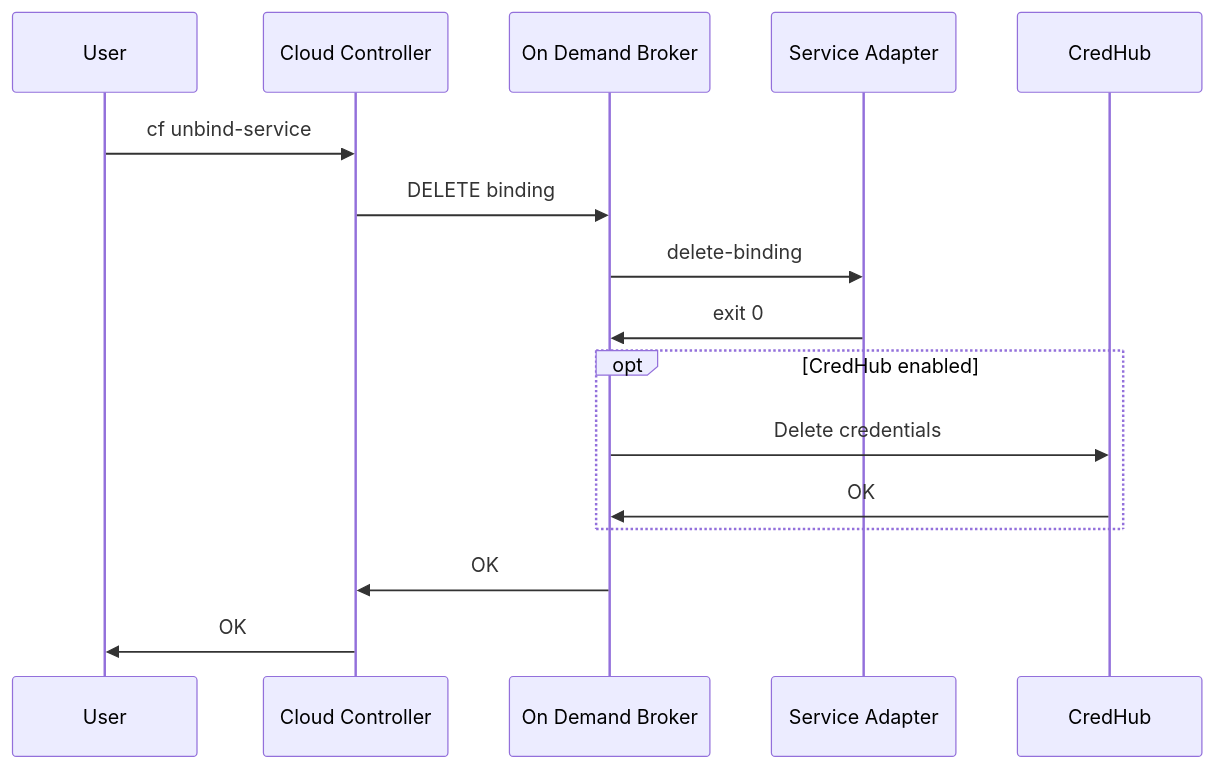
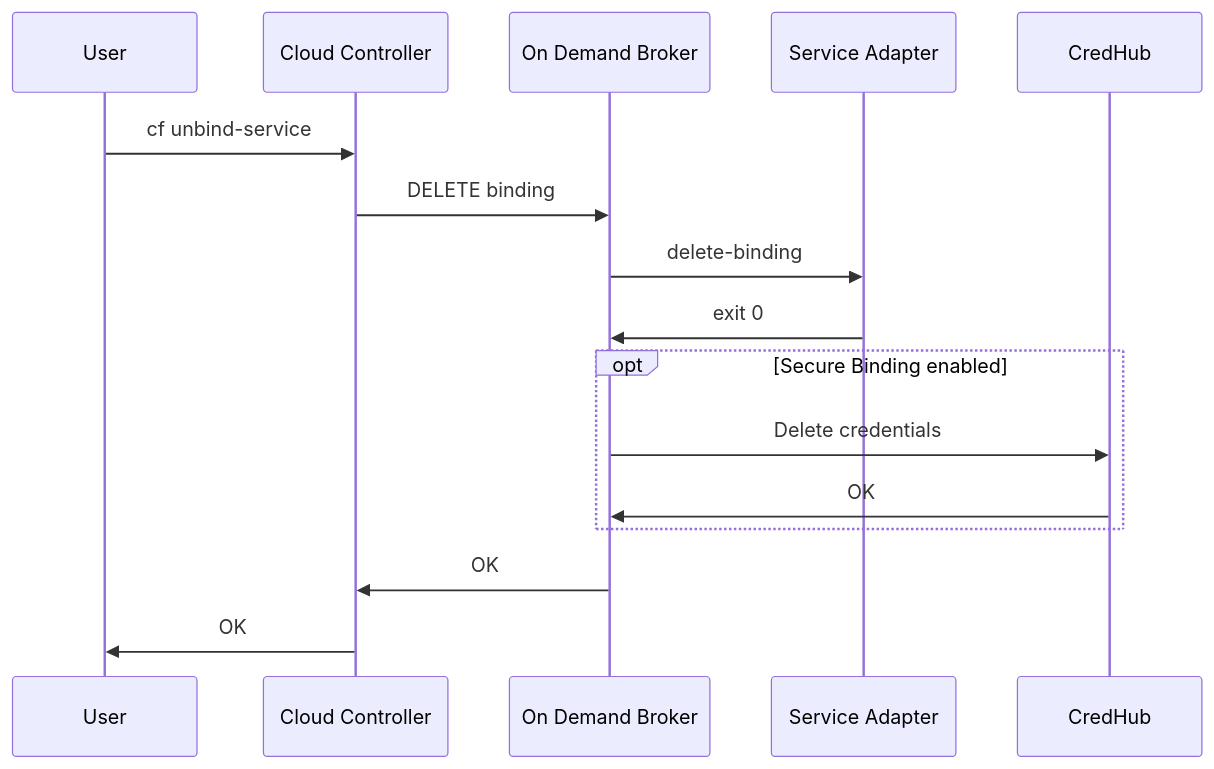
The diagram in mmd/unbind_service_workflow.mmd (pivotal-cf/docs-on-demand-service-broker), drawn with Mermaid before and after one commit. The commit also changed 2 other files, not shown here.

Commit message:
Update docs for Secure Bindings
[#152593606]

```diff
--- a/mmd/unbind_service_workflow.mmd
+++ b/mmd/unbind_service_workflow.mmd
@@ -1,13 +1,13 @@
 <div class="mermaid">
 sequenceDiagram
   User->>Cloud Controller:cf unbind-service
   Cloud Controller->>On Demand Broker:DELETE binding
   On Demand Broker->>Service Adapter:delete-binding
   Service Adapter->>On Demand Broker:exit 0
-  opt CredHub enabled
+  opt Secure Binding enabled
   On Demand Broker->>CredHub:Delete credentials
   CredHub->>On Demand Broker:OK
   end
   On Demand Broker->>Cloud Controller:OK
   Cloud Controller->>User:OK
 </div>
```
